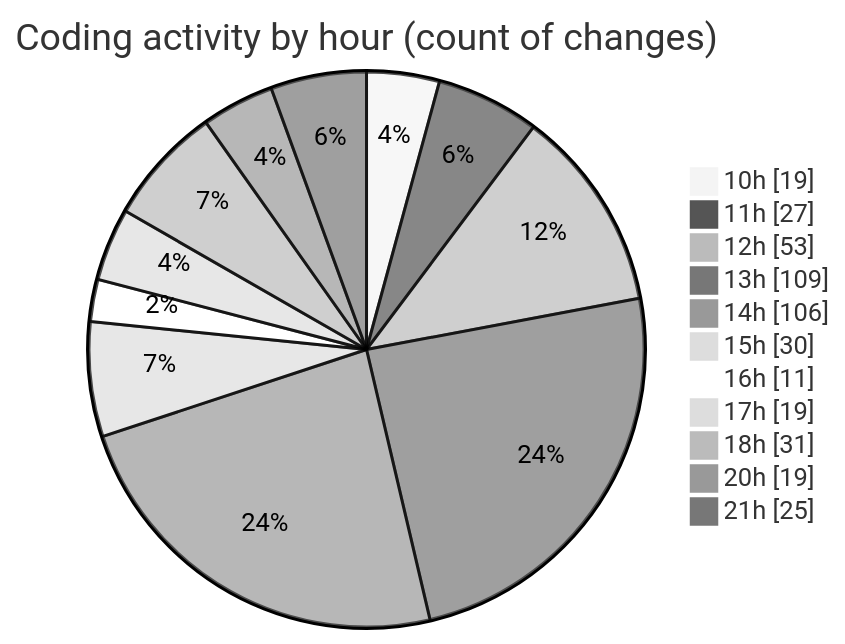
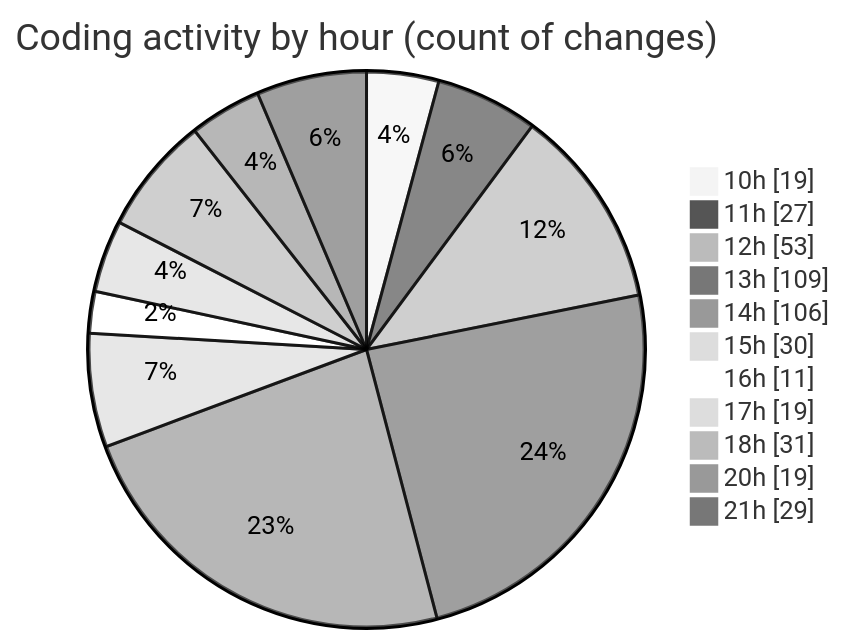
The second of 2 diagrams in 2025-03-18/cda/README.md (momahboobian/code-tracking), drawn with Mermaid (neutral theme) before and after one commit. The commit also changed other lines of this file and 1 other file, not shown here.

````diff
--- a/2025-03-18/cda/README.md
+++ b/2025-03-18/cda/README.md
@@ -44,15 +44,15 @@
 ```mermaid
 pie showData
 title Coding activity by hour (count of changes)
 "10h" : 19
 "11h" : 27
 "12h" : 53
 "13h" : 109
 "14h" : 106
 "15h" : 30
 "16h" : 11
 "17h" : 19
 "18h" : 31
 "20h" : 19
-"21h" : 25
+"21h" : 29
 ```
````
